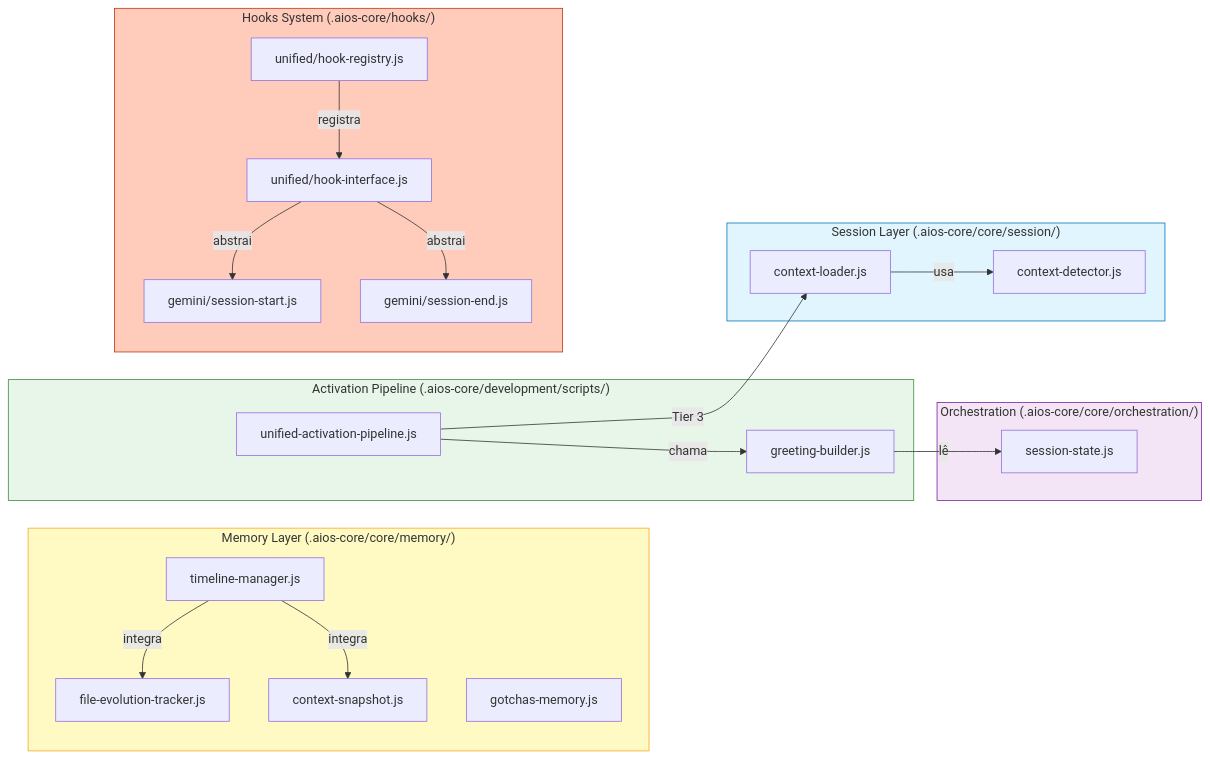
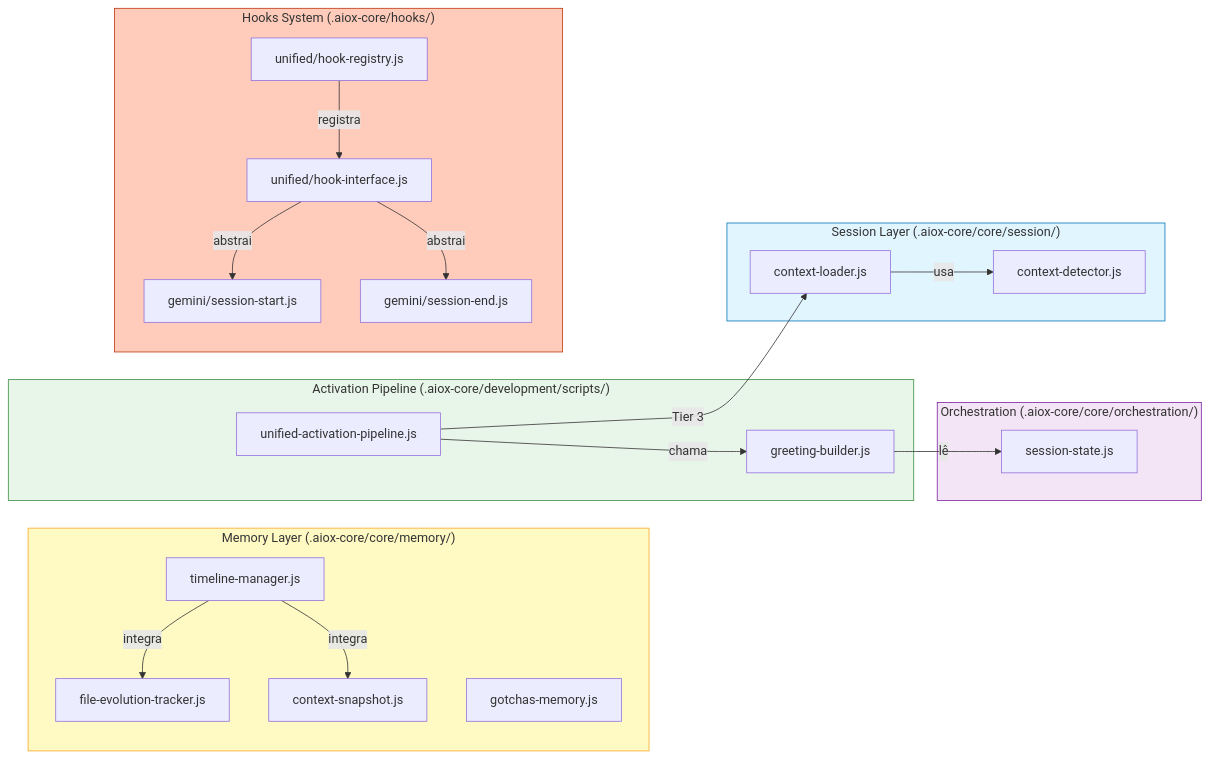
Before and after one commit to brunajunckes/aiox-core: the second of 18 diagrams in docs/guides/MEMORY-SYSTEM.md, drawn with Mermaid. The commit also changed other lines of this file and 3396 other files, not shown here.

First line of the commit message:
chore: rebrand aios → aiox across entire codebase (#552)

````diff
--- a/docs/guides/MEMORY-SYSTEM.md
+++ b/docs/guides/MEMORY-SYSTEM.md
@@ -116,46 +116,46 @@
 ```mermaid
 flowchart LR
-    subgraph MEMORY_LAYER["Memory Layer (.aios-core/core/memory/)"]
+    subgraph MEMORY_LAYER["Memory Layer (.aiox-core/core/memory/)"]
         TM["timeline-manager.js"]
         FET["file-evolution-tracker.js"]
         CS["context-snapshot.js"]
         GM["gotchas-memory.js"]
     end
 
-    subgraph SESSION_LAYER["Session Layer (.aios-core/core/session/)"]
+    subgraph SESSION_LAYER["Session Layer (.aiox-core/core/session/)"]
         CL["context-loader.js"]
         CD["context-detector.js"]
     end
 
-    subgraph ORCHESTRATION["Orchestration (.aios-core/core/orchestration/)"]
+    subgraph ORCHESTRATION["Orchestration (.aiox-core/core/orchestration/)"]
         SS["session-state.js"]
     end
 
-    subgraph ACTIVATION["Activation Pipeline (.aios-core/development/scripts/)"]
+    subgraph ACTIVATION["Activation Pipeline (.aiox-core/development/scripts/)"]
         UAP["unified-activation-pipeline.js"]
         GB["greeting-builder.js"]
     end
 
-    subgraph HOOKS["Hooks System (.aios-core/hooks/)"]
+    subgraph HOOKS["Hooks System (.aiox-core/hooks/)"]
         HS["gemini/session-start.js"]
         HE["gemini/session-end.js"]
         HI["unified/hook-interface.js"]
         HR["unified/hook-registry.js"]
     end
 
     TM -->|"integra"| FET
     TM -->|"integra"| CS
     CL -->|"usa"| CD
     UAP -->|"Tier 3"| CL
     UAP -->|"chama"| GB
     GB -->|"lê"| SS
     HI -->|"abstrai"| HS
     HI -->|"abstrai"| HE
     HR -->|"registra"| HI
 
     style MEMORY_LAYER fill:#FFF9C4,stroke:#F9A825
     style SESSION_LAYER fill:#E1F5FE,stroke:#0277BD
     style ORCHESTRATION fill:#F3E5F5,stroke:#7B1FA2
     style ACTIVATION fill:#E8F5E9,stroke:#388E3C
     style HOOKS fill:#FFCCBC,stroke:#BF360C
 ```
````
